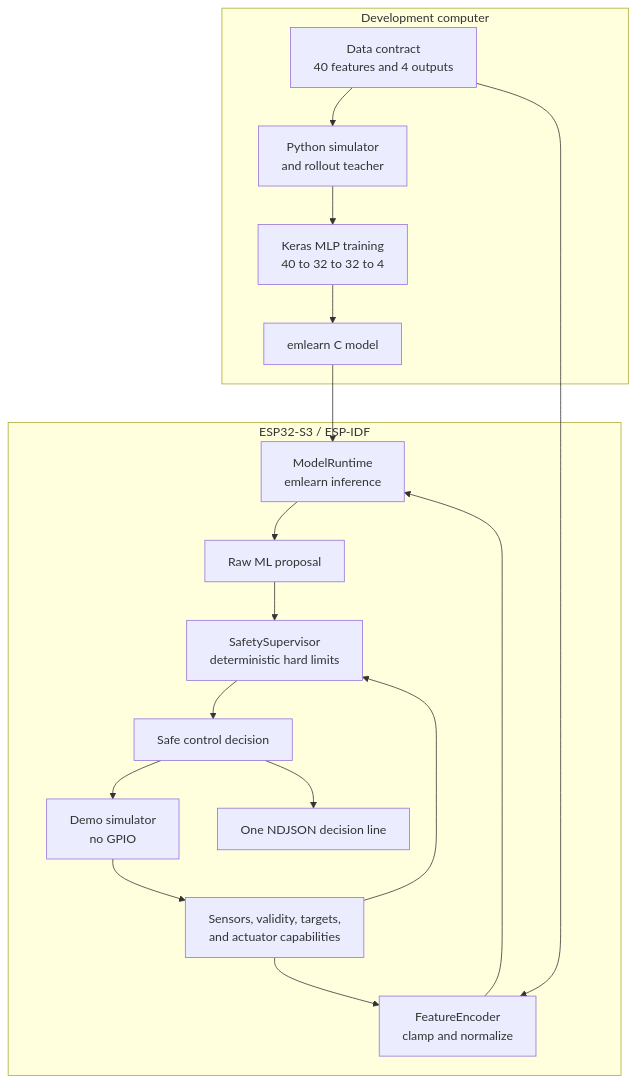
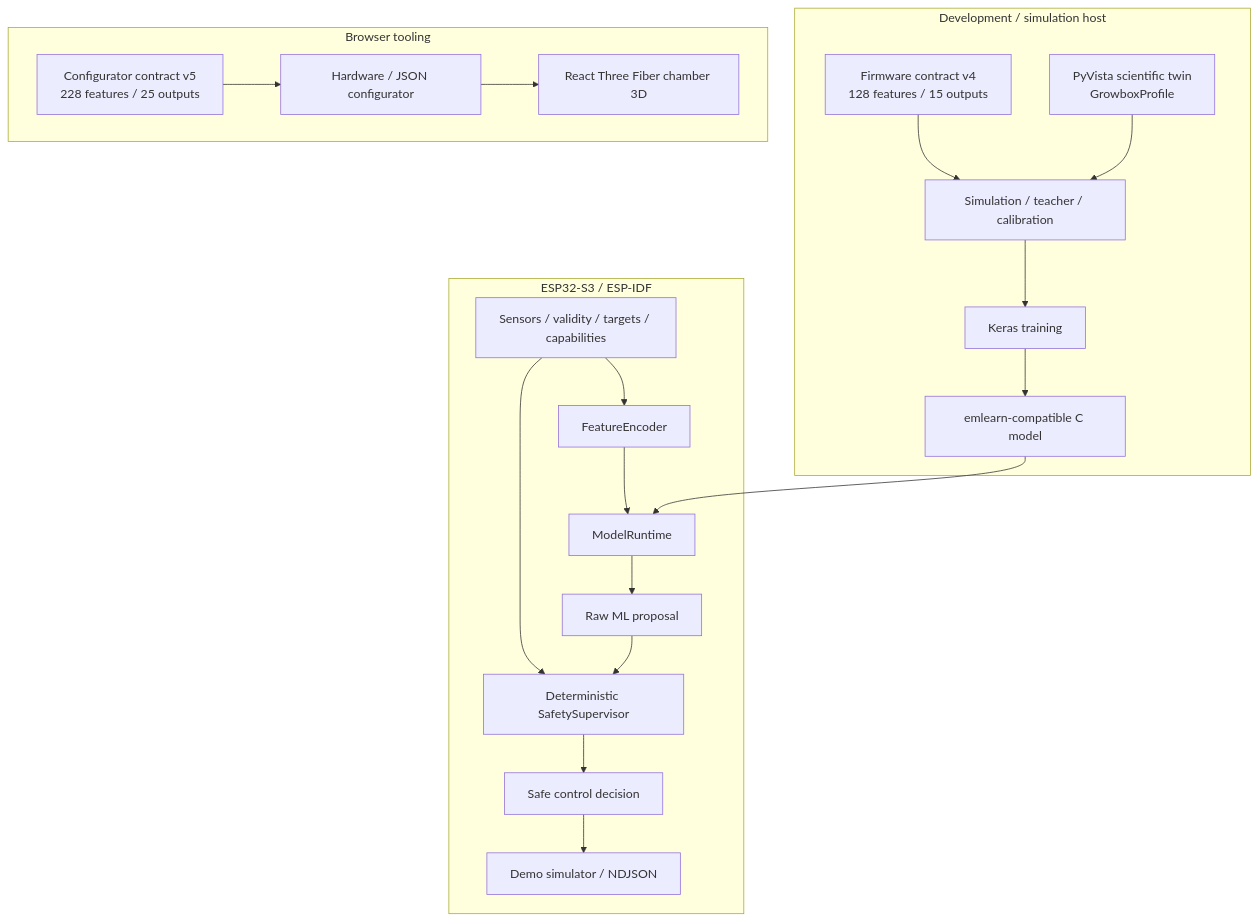
One commit to MichalMatu/growbox-ml-controller changed the diagram in README.md. Above: the diagram before and after it, drawn with Mermaid. The commit also changed other lines of this file, not shown here.

Commit message:
Clarify converged project architecture and contract split

````diff
--- a/README.md
+++ b/README.md
@@ -24,21 +53,26 @@
 ```mermaid
 flowchart TB
-    subgraph Host["Development computer"]
-        Contract["Data contract<br/>40 features and 4 outputs"] --> Simulation["Python simulator<br/>and rollout teacher"]
-        Simulation --> Training["Keras MLP training<br/>40 to 32 to 32 to 4"]
-        Training --> Export["emlearn C model"]
+    subgraph Host["Development / simulation host"]
+        V4["Firmware contract v4\n128 features / 15 outputs"] --> Sim["Simulation / teacher / calibration"]
+        Sim --> Train["Keras training"]
+        Train --> Export["emlearn-compatible C model"]
+        Twin["PyVista scientific twin\nGrowboxProfile"] --> Sim
     end
+
     subgraph Board["ESP32-S3 / ESP-IDF"]
-        Input["Sensors, validity, targets,<br/>and actuator capabilities"] --> Encoder["FeatureEncoder<br/>clamp and normalize"]
-        Encoder --> Runtime["ModelRuntime<br/>emlearn inference"]
-        Runtime --> Raw["Raw ML proposal"]
-        Raw --> Safety["SafetySupervisor<br/>deterministic hard limits"]
+        Input["Sensors / validity / targets / capabilities"] --> Encoder["FeatureEncoder"]
+        Encoder --> Runtime["ModelRuntime"]
+        Runtime --> Proposal["Raw ML proposal"]
+        Proposal --> Safety["Deterministic SafetySupervisor"]
         Input --> Safety
-        Safety --> Safe["Safe control decision"]
-        Safe --> Demo["Demo simulator<br/>no GPIO"]
-        Demo --> Input
-        Safe --> Log["One NDJSON decision line"]
+        Safety --> Decision["Safe control decision"]
+        Decision --> Demo["Demo simulator / NDJSON"]
     end
-    Contract --> Encoder
+
     Export --> Runtime
+
+    subgraph Browser["Browser tooling"]
+        V5["Configurator contract v5\n228 features / 25 outputs"] --> Config["Hardware / JSON configurator"]
+        Config --> Chamber["React Three Fiber chamber 3D"]
+    end
 ```
````
